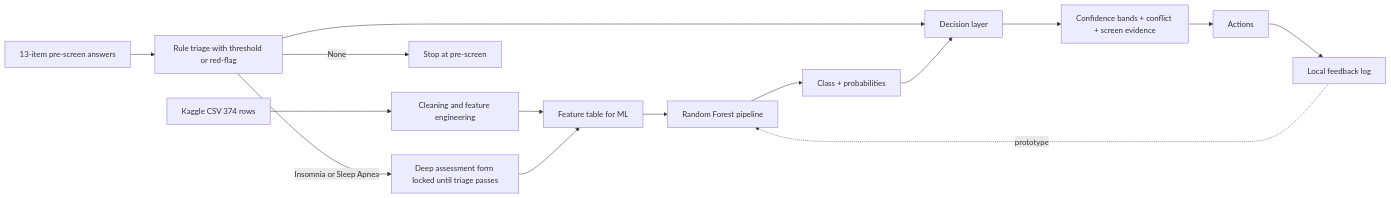
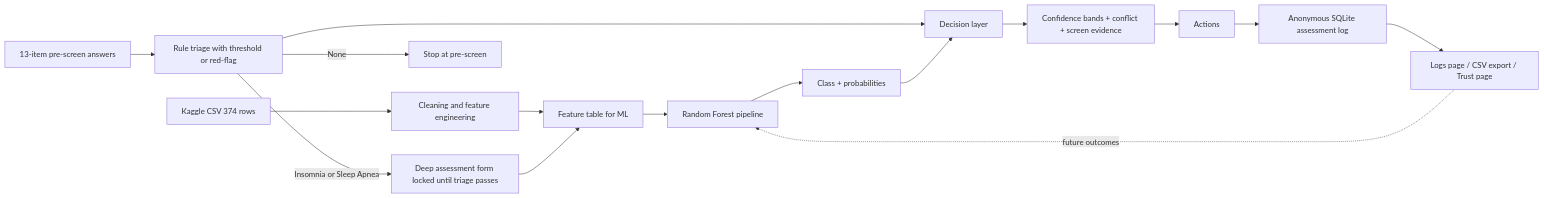
Before and after one commit to FRAmyZ010/sleep-health-dss: the first of 2 diagrams in docs/report-supporting-content.md, drawn with Mermaid. The commit also changed other lines of this file and 22 other files, not shown here.

Commit message:
Enable Render Free public demo and ship logs, trust, and course docs.

````diff
--- a/docs/report-supporting-content.md
+++ b/docs/report-supporting-content.md
@@ -62,17 +62,18 @@
 ```mermaid
 flowchart LR
   A[Kaggle CSV 374 rows] --> B[Cleaning and feature engineering]
   B --> C[Feature table for ML]
   D[13-item pre-screen answers] --> E[Rule triage with threshold or red-flag]
   E -->|None| F[Stop at pre-screen]
   E -->|Insomnia or Sleep Apnea| G[Deep assessment form locked until triage passes]
   G --> C
   C --> H[Random Forest pipeline]
   H --> I[Class + probabilities]
   E --> J[Decision layer]
   I --> J
   J --> K[Confidence bands + conflict + screen evidence]
   K --> L[Actions]
-  L --> M[Local feedback log]
-  M -.prototype.-> H
+  L --> M[Anonymous SQLite assessment log]
+  M --> N[Logs page / CSV export / Trust page]
+  N -.future outcomes.-> H
 ```
````
